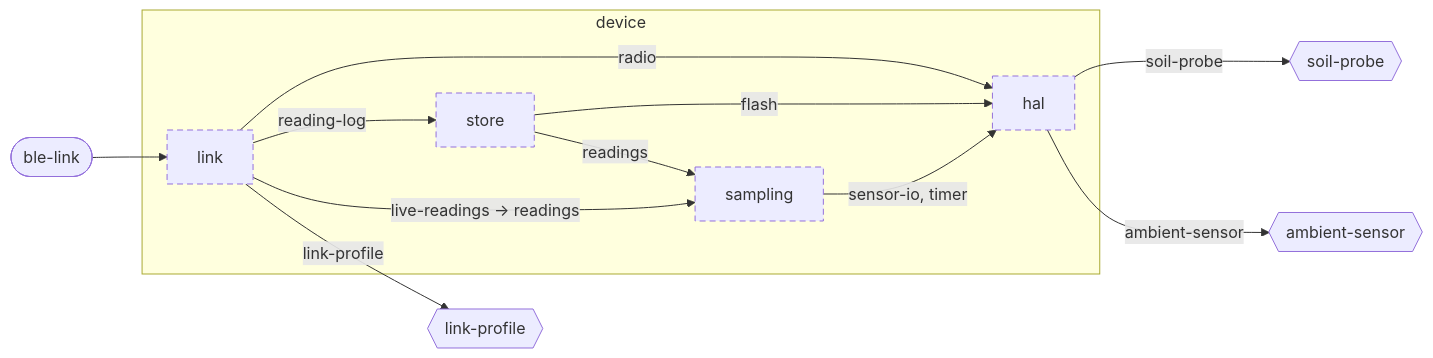
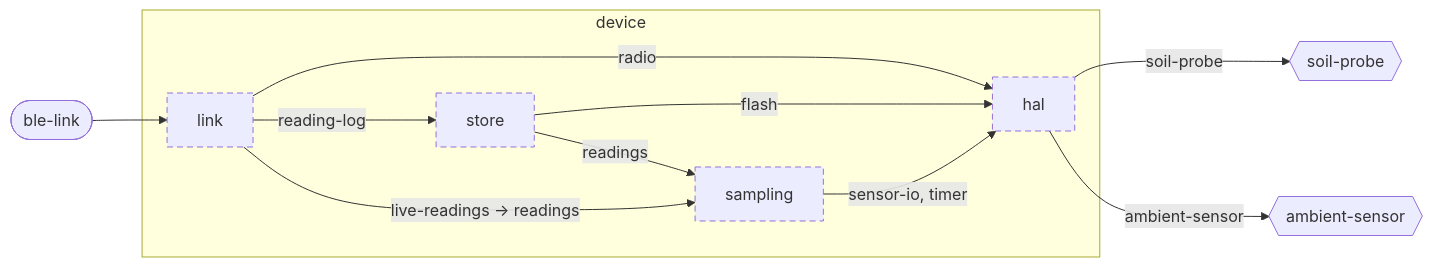
The diagram in examples/plantwatch/device/docs/diagrams/component.md (wackazong/unifold), drawn with Mermaid before and after one commit. The commit also changed other lines of this file and 383 other files, not shown here.

````diff
--- a/examples/plantwatch/device/docs/diagrams/component.md
+++ b/examples/plantwatch/device/docs/diagrams/component.md
@@ -8,28 +8,26 @@
 ```mermaid
 flowchart LR
   subgraph u_device["device"]
     u_device__hal["hal"]
     u_device__link["link"]
     u_device__sampling["sampling"]
     u_device__store["store"]
   end
   n_device___soil_dprobe{{"soil-probe"}}
   n_device___ambient_dsensor{{"ambient-sensor"}}
-  n_device___link_dprofile{{"link-profile"}}
   p_device___ble_dlink(["ble-link"])
   u_device__sampling -->|"sensor-io, timer"| u_device__hal
   u_device__store -->|"flash"| u_device__hal
   u_device__store -->|"readings"| u_device__sampling
   u_device__link -->|"radio"| u_device__hal
   u_device__link -->|"reading-log"| u_device__store
   u_device__link -->|"live-readings → readings"| u_device__sampling
   u_device__hal -->|"soil-probe"| n_device___soil_dprobe
   u_device__hal -->|"ambient-sensor"| n_device___ambient_dsensor
-  u_device__link -->|"link-profile"| n_device___link_dprofile
   p_device___ble_dlink --> u_device__link
   classDef focus stroke-width:4px
   classDef planned stroke-dasharray:6 4
   classDef deprecated stroke-dasharray:2 2,opacity:0.6
   classDef plain stroke-dasharray:2 3
   class u_device__hal,u_device__link,u_device__sampling,u_device__store planned
 ```
````
